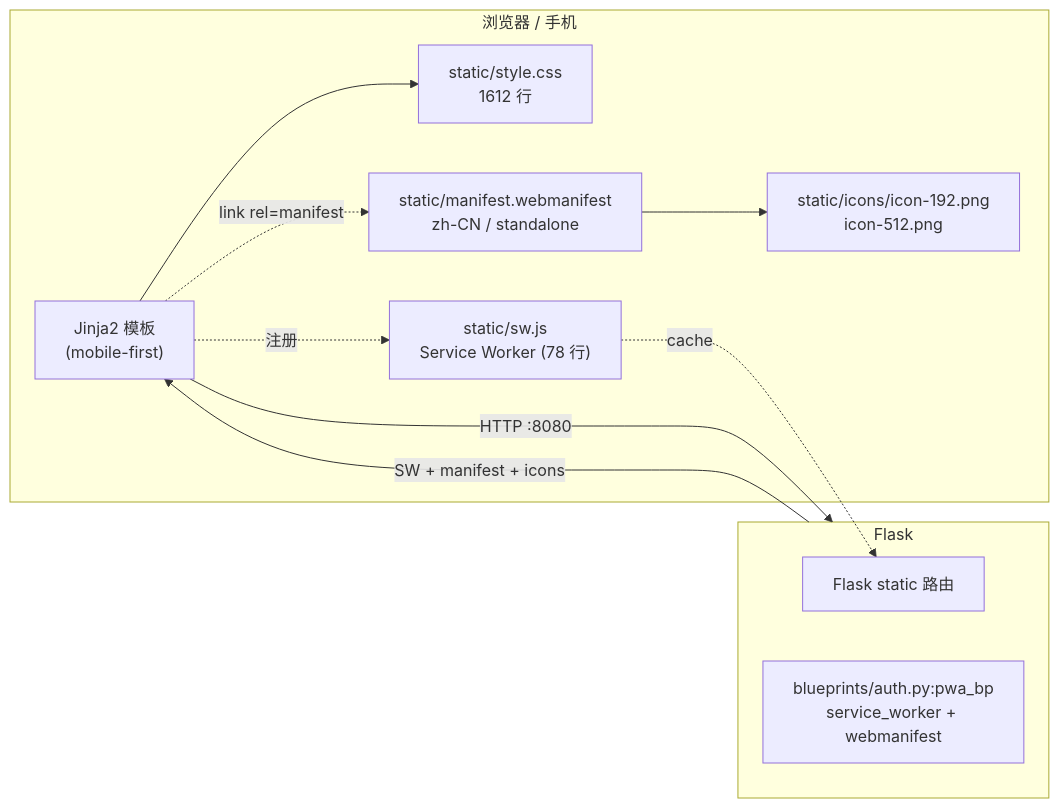
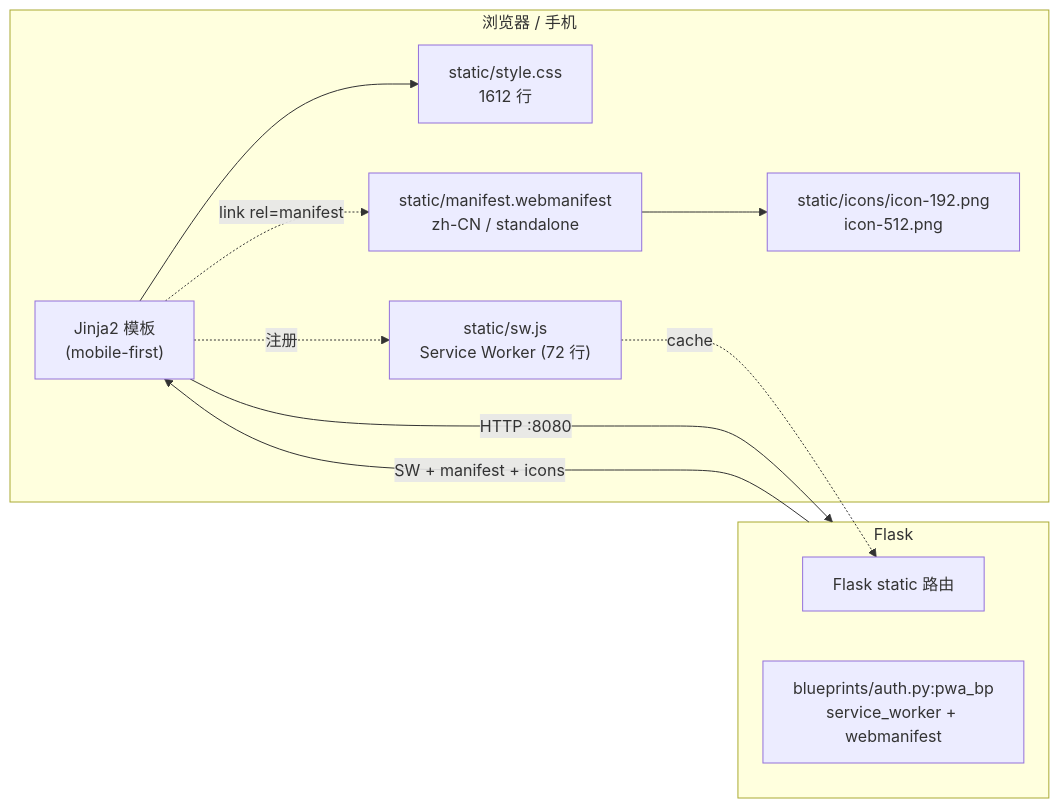
Diagram 16 of 17 in docs/ARCHITECTURE.md (ericmr1981/DailyCheck), drawn with Mermaid before and after one commit. The commit also changed other lines of this file and 3 other files, not shown here.

````diff
--- a/docs/ARCHITECTURE.md
+++ b/docs/ARCHITECTURE.md
@@ -752,23 +752,23 @@
 ```mermaid
 flowchart LR
     subgraph Client["浏览器 / 手机"]
         HTML["Jinja2 模板<br/>(mobile-first)"]
         CSS["static/style.css<br/>1612 行"]
-        SW["static/sw.js<br/>Service Worker (78 行)"]
+        SW["static/sw.js<br/>Service Worker (72 行)"]
         Manifest["static/manifest.webmanifest<br/>zh-CN / standalone"]
         Icons["static/icons/icon-192.png<br/>icon-512.png"]
     end
 
     subgraph Server["Flask"]
         Static["Flask static 路由"]
         PWARP["blueprints/auth.py:pwa_bp<br/>service_worker + webmanifest"]
     end
 
     HTML --> CSS
     HTML -.->|注册| SW
     HTML -.->|link rel=manifest| Manifest
     Manifest --> Icons
     SW -.->|cache| Static
     HTML -->|HTTP :8080| Server
     Server -->|SW + manifest + icons| HTML
 ```
````
